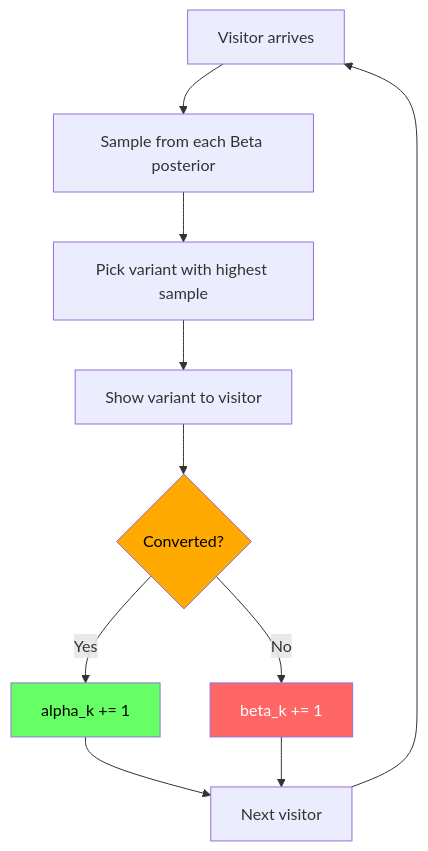
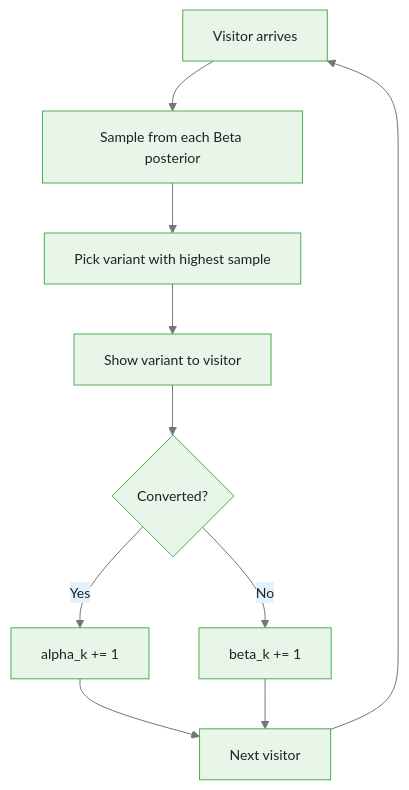
The second of 4 diagrams in courses/multi-armed-bandits-ab-testing/modules/module_04_content_growth_optimization/guides/02_conversion_optimization_slides.md (m-deane/course-creator), drawn with Mermaid before and after one commit. The commit also changed other lines of this file and 146 other files, not shown here.

````diff
--- a/courses/multi-armed-bandits-ab-testing/modules/module_04_content_growth_optimization/guides/02_conversion_optimization_slides.md
+++ b/courses/multi-armed-bandits-ab-testing/modules/module_04_content_growth_optimization/guides/02_conversion_optimization_slides.md
@@ -94,16 +120,13 @@
 ```mermaid
+%%{init: {"theme": "base", "themeVariables": {"primaryColor": "#e8f5e9", "primaryBorderColor": "#4caf50", "primaryTextColor": "#212121", "secondaryColor": "#e3f2fd", "tertiaryColor": "#fff8e1", "lineColor": "#757575", "fontFamily": "Inter, sans-serif", "fontSize": "14px"}}}%%
 flowchart TD
     V["Visitor arrives"] --> S["Sample from each Beta posterior"]
     S --> Pick["Pick variant with highest sample"]
     Pick --> Show["Show variant to visitor"]
     Show --> Conv{"Converted?"}
     Conv -->|Yes| Alpha["alpha_k += 1"]
     Conv -->|No| Beta["beta_k += 1"]
     Alpha --> Next["Next visitor"]
     Beta --> Next
     Next --> V
-
-    style Conv fill:#fa0,color:#000
-    style Alpha fill:#6f6,color:#000
-    style Beta fill:#f66,color:#fff
 ```
````
